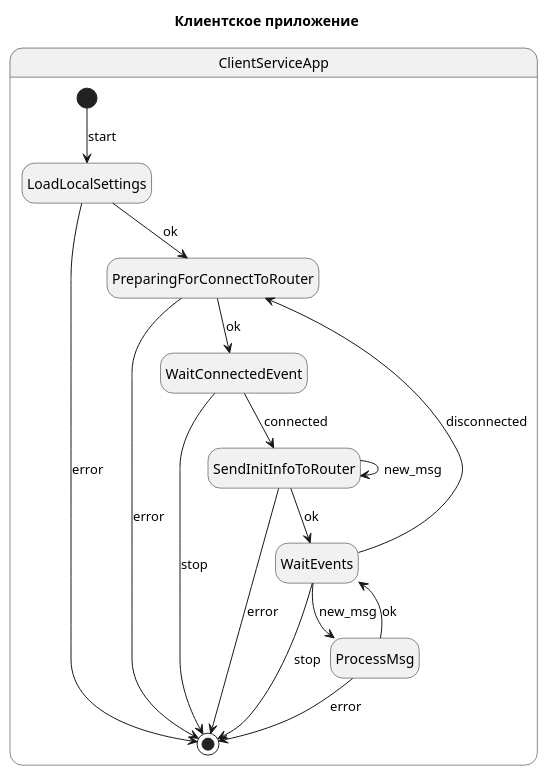
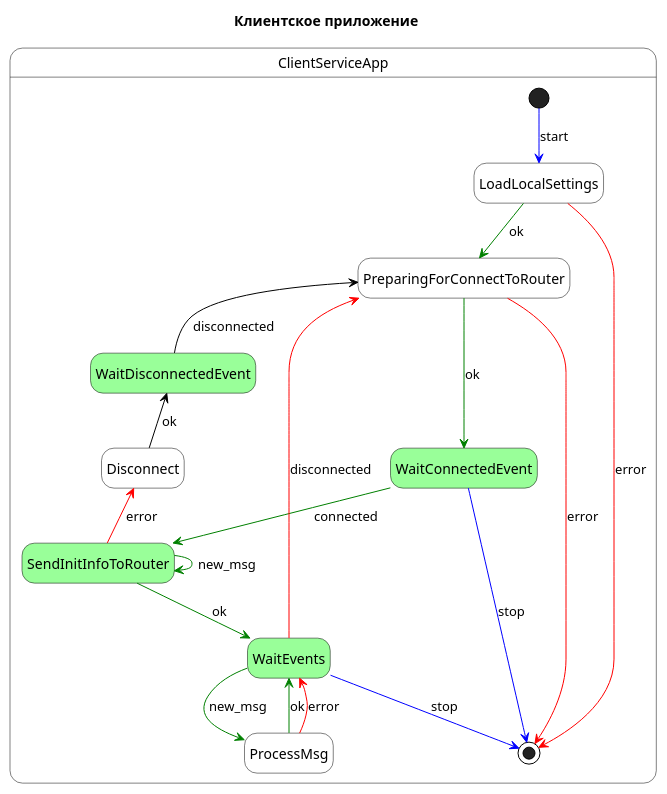
The diagram in client_service_app.puml (shushudu/uml_diagrams), drawn with PlantUML before and after one commit.

```diff
--- a/client_service_app.puml
+++ b/client_service_app.puml
@@ -1,33 +1,52 @@
 @startuml
 hide empty description
-'scale 800 width
-'scale 600 height
-'scale max 600 width
+scale max 800 width
+
+<style>
+stateDiagram {
+  LineColor black
+}
+</style>
+
+skinparam state {
+  BackgroundColor #white
+  BackgroundColor<<LongTime>> #9F9
+  BorderColor #black
+}
 
 Title Клиентское приложение
 
 state ClientServiceApp {
 
-[*] --> LoadLocalSettings : start
+state WaitConnectedEvent <<LongTime>>
+state SendInitInfoToRouter <<LongTime>>
+state WaitEvents <<LongTime>>
+state WaitDisconnectedEvent <<LongTime>>
 
-LoadLocalSettings --> [*] : error
-LoadLocalSettings --> PreparingForConnectToRouter : ok
+[*] -[#blue]-> LoadLocalSettings : start
 
-PreparingForConnectToRouter --> [*] : error
-PreparingForConnectToRouter --> WaitConnectedEvent : ok
+LoadLocalSettings -[#red]-> [*] : error
+LoadLocalSettings -[#green]-> PreparingForConnectToRouter : ok
 
-WaitConnectedEvent --> SendInitInfoToRouter : connected
-WaitConnectedEvent --> [*] : stop
+PreparingForConnectToRouter -[#red]-> [*] : error
+PreparingForConnectToRouter -[#green]-> WaitConnectedEvent : ok
 
-SendInitInfoToRouter --> WaitEvents : ok
-SendInitInfoToRouter --> [*] : error
-SendInitInfoToRouter --> SendInitInfoToRouter : new_msg
+WaitConnectedEvent -[#green]-> SendInitInfoToRouter : connected
+WaitConnectedEvent -[#blue]-> [*] : stop
 
-WaitEvents --> PreparingForConnectToRouter : disconnected
-WaitEvents --> [*] : stop
-WaitEvents --> ProcessMsg : new_msg
+SendInitInfoToRouter -[#green]-> WaitEvents : ok
+SendInitInfoToRouter -up[#red]-> Disconnect : error
+SendInitInfoToRouter -[#green]-> SendInitInfoToRouter : new_msg
 
-ProcessMsg --> WaitEvents : ok
-ProcessMsg --> [*] : error
+Disconnect -up-> WaitDisconnectedEvent : ok
+
+WaitDisconnectedEvent -up-> PreparingForConnectToRouter : disconnected
+
+WaitEvents -[#red]-> PreparingForConnectToRouter : disconnected
+WaitEvents -[#blue]-> [*] : stop
+WaitEvents -[#green]-> ProcessMsg : new_msg
+
+ProcessMsg -[#green]-> WaitEvents : ok
+ProcessMsg -[#red]-> WaitEvents : error
 }
 @enduml
```
